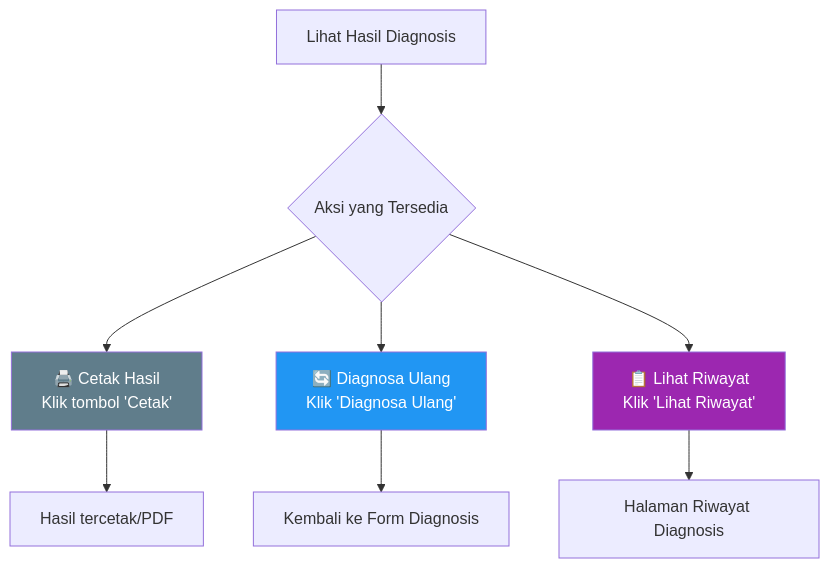
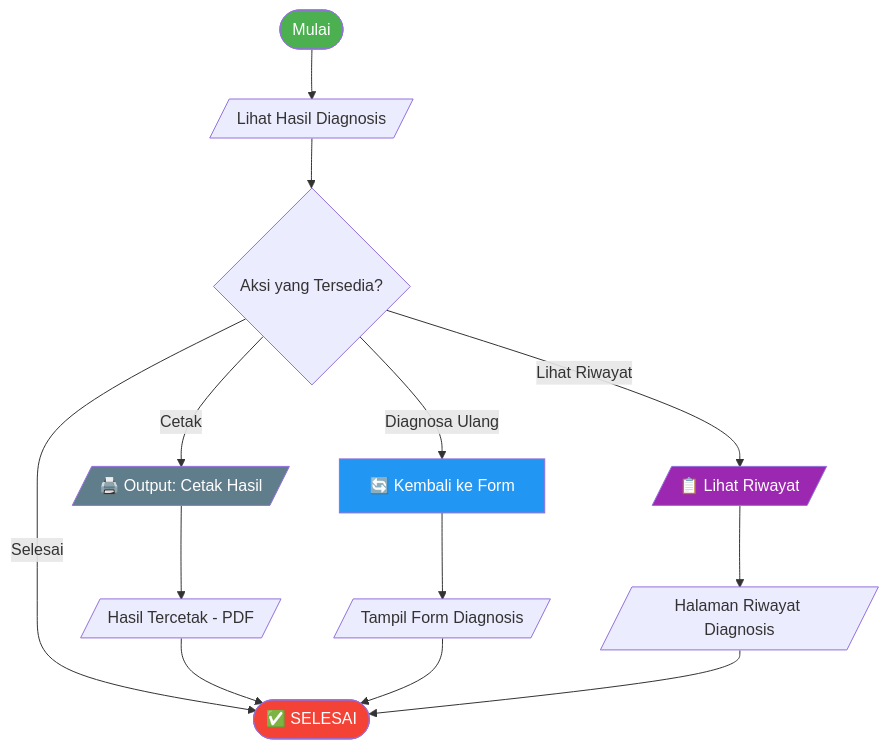
The ninth of 11 diagrams in docs/USER_MANUAL.md (GalangPutraMaulana19/DigNet-BUG), drawn with Mermaid before and after one commit. The commit also changed other lines of this file, not shown here.

Commit message:
Fix flowchart symbols to use standard shapes (parallelogram for I/O, stadium for terminator, etc.)

````diff
--- a/docs/USER_MANUAL.md
+++ b/docs/USER_MANUAL.md
@@ -407,16 +431,23 @@
 ```mermaid
 flowchart TD
-    Result[Lihat Hasil Diagnosis] --> Action{Aksi yang Tersedia}
+    Start([Mulai]) --> Result[/Lihat Hasil Diagnosis/]
+    Result --> Action{Aksi yang Tersedia?}
     
-    Action --> Print["🖨️ Cetak Hasil<br/>Klik tombol 'Cetak'"]
-    Action --> Retry["🔄 Diagnosa Ulang<br/>Klik 'Diagnosa Ulang'"]
-    Action --> History["📋 Lihat Riwayat<br/>Klik 'Lihat Riwayat'"]
+    Action -->|Cetak| Print[/🖨️ Output: Cetak Hasil/]
+    Action -->|Diagnosa Ulang| Retry[🔄 Kembali ke Form]
+    Action -->|Lihat Riwayat| History[/📋 Lihat Riwayat/]
+    Action -->|Selesai| End([✅ SELESAI])
     
-    Print --> Done[Hasil tercetak/PDF]
-    Retry --> Form[Kembali ke Form Diagnosis]
-    History --> HistoryPage[Halaman Riwayat Diagnosis]
+    Print --> Done[/Hasil Tercetak - PDF/]
+    Done --> End
+    Retry --> Form[/Tampil Form Diagnosis/]
+    Form --> End
+    History --> HistoryPage[/Halaman Riwayat Diagnosis/]
+    HistoryPage --> End
     
+    style Start fill:#4caf50,color:#fff
+    style End fill:#f44336,color:#fff
     style Print fill:#607d8b,color:#fff
     style Retry fill:#2196f3,color:#fff
     style History fill:#9c27b0,color:#fff
 ```
````
